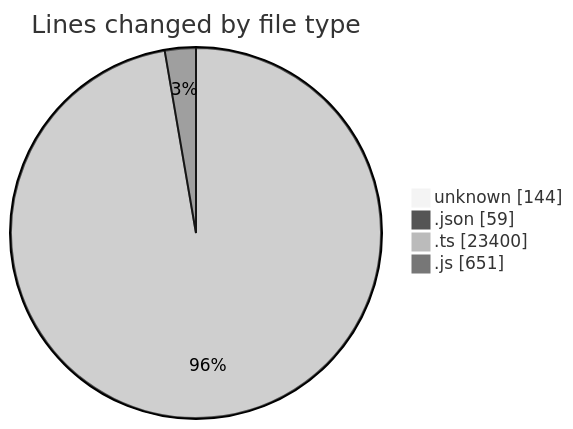
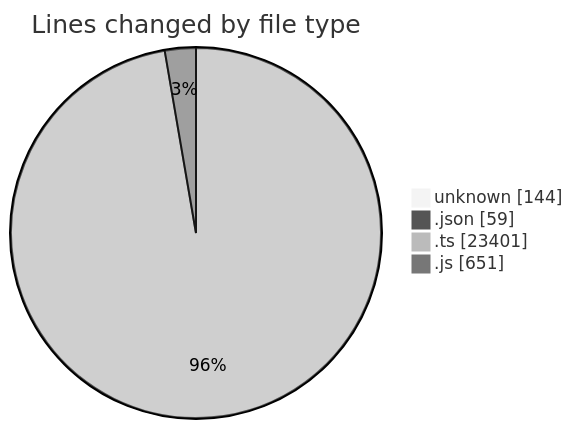
One commit to momahboobian/code-tracking changed the first of 2 diagrams in 2025-11-13/cda/README.md. Above: the diagram before and after it, drawn with Mermaid (neutral theme). The commit also changed other lines of this file and 1 other file, not shown here.

````diff
--- a/2025-11-13/cda/README.md
+++ b/2025-11-13/cda/README.md
@@ -28,8 +28,8 @@
 ```mermaid
 pie showData
 title Lines changed by file type
 "unknown" : 144
 ".json" : 59
-".ts" : 23400
+".ts" : 23401
 ".js" : 651
 ```
````
